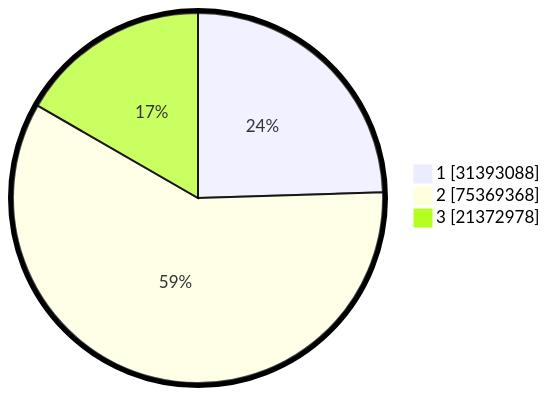
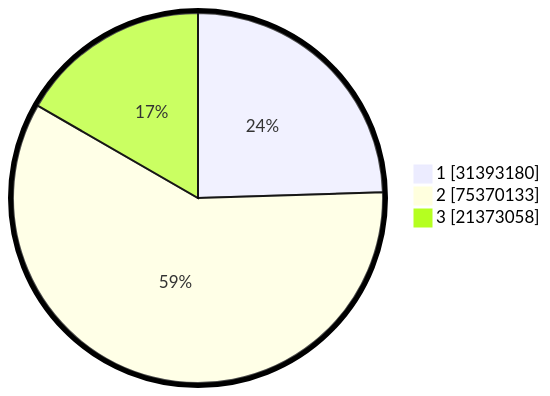
One commit to gigit-pemilu/pemilu-2024 changed the second of 2 diagrams in pilpres/hitung-suara/README.md. Above: the diagram before and after it, drawn with Mermaid. The commit also changed other lines of this file and 6 other files, not shown here.

````diff
--- a/pilpres/hitung-suara/README.md
+++ b/pilpres/hitung-suara/README.md
@@ -93,7 +93,7 @@
 ```mermaid
 %%{init: {"pie": {"textPosition": 0.5}, "themeVariables": {"pieOuterStrokeWidth": "5px"}} }%%
 pie showData
-    "1" : 31393088
-    "2" : 75369368
-    "3" : 21372978
+    "1" : 31393180
+    "2" : 75370133
+    "3" : 21373058
 ```
````
